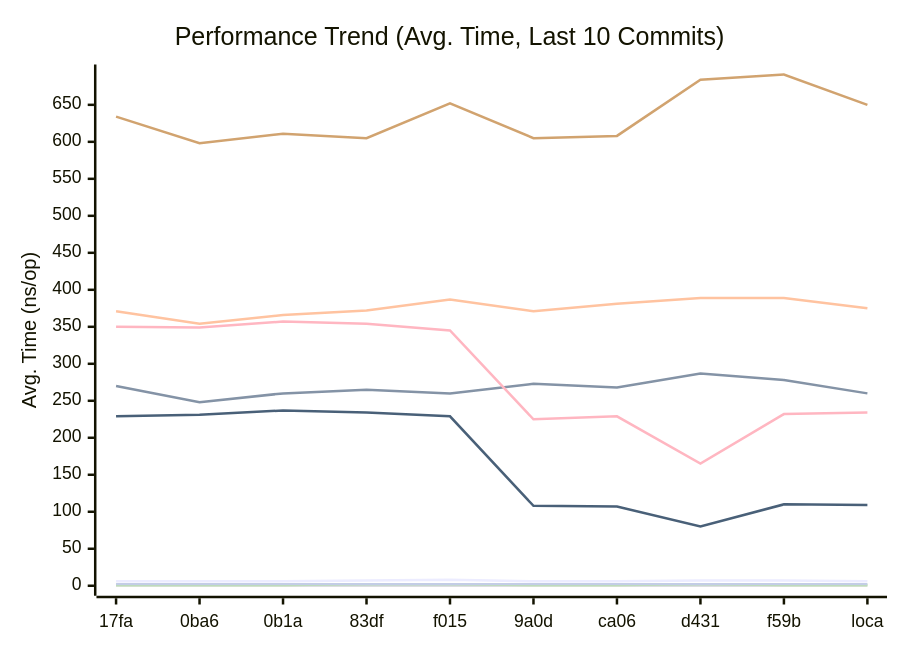
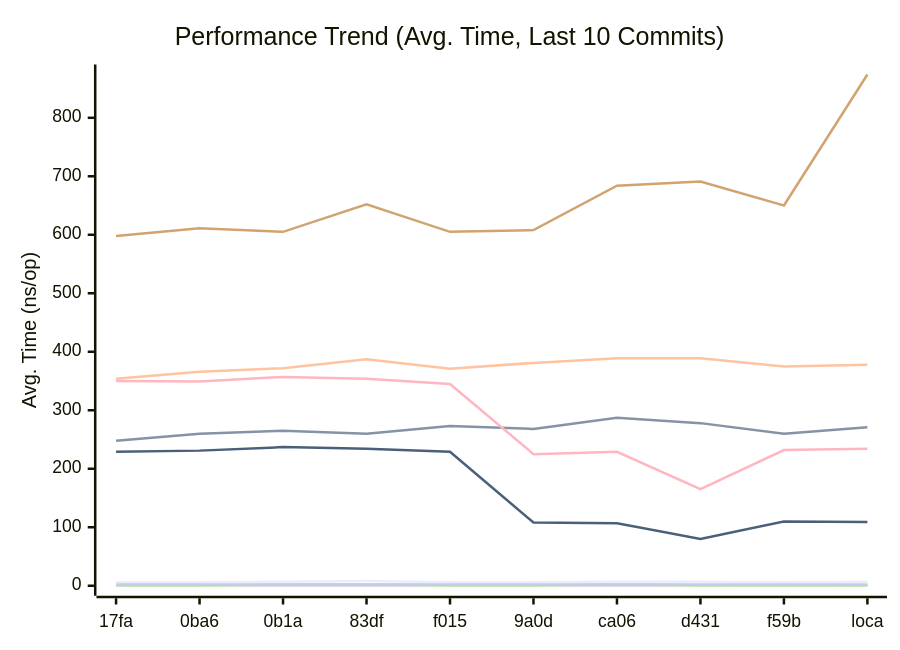
One commit to alsotoes/momo changed the first of 3 diagrams in docs/PERFORMANCE.md. Above: the diagram before and after it, drawn with Mermaid. The commit also changed other lines of this file and 7 other files, not shown here.

````diff
--- a/docs/PERFORMANCE.md
+++ b/docs/PERFORMANCE.md
@@ -80,16 +80,16 @@
 ```mermaid
 xychart-beta
     title "Performance Trend (Avg. Time, Last 10 Commits)"
     x-axis "Commit"
     y-axis "Avg. Time (ns/op)"
     x-axis [17fa,0ba6,0b1a,83df,f015,9a0d,ca06,d431,f59b,loca]
-    line "CheckMetricsAndSwap" [6,6,6,7,8,6,6,7,7,6]
-    line "CrushOptimized" [270,248,260,265,260,273,268,287,278,260]
-    line "CrushOriginal" [371,354,366,372,387,371,381,389,389,375]
+    line "CheckMetricsAndSwap" [6,6,7,8,6,6,7,7,6,7]
+    line "CrushOptimized" [248,260,265,260,273,268,287,278,260,271]
+    line "CrushOriginal" [354,366,372,387,371,381,389,389,375,378]
     line "IndexDirectTracking" [0,0,0,0,0,0,0,0,0,0]
-    line "IndexSearch" [1,1,1,2,2,1,1,2,1,1]
-    line "LoadGlobalConfig" [634,598,611,605,652,605,608,684,691,650]
+    line "IndexSearch" [1,1,2,2,1,1,2,1,1,1]
+    line "LoadGlobalConfig" [598,611,605,652,605,608,684,691,650,874]
     line "PadString" [2,2,2,2,2,2,2,2,2,2]
     line "ParseReplicationOrder_NoPrealloc" [350,349,357,354,345,225,229,165,232,234]
     line "ParseReplicationOrder_Prealloc" [229,231,237,234,229,108,107,80,110,109]
 ```
````
